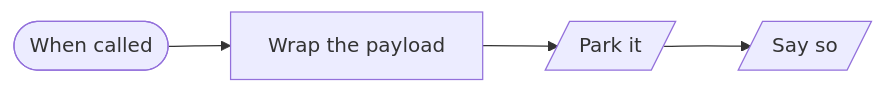
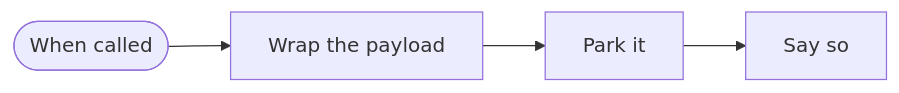
Before and after one commit to kimjoshuadr/n8n-workflows: the fourth of 6 diagrams in shared/README.md, drawn with Mermaid. The commit also changed other lines of this file and 179 other files, not shown here.

````diff
--- a/shared/README.md
+++ b/shared/README.md
@@ -130,10 +144,10 @@
 ```mermaid
 flowchart LR
   nxyuboc(["When called"])
   n1j9uypc["Wrap the payload"]
-  n32tvkq[/"Park it"/]
-  n1isjvc[/"Say so"/]
+  n32tvkq["Park it"]
+  n1isjvc["Say so"]
   nxyuboc --> n1j9uypc
   n1j9uypc --> n32tvkq
   n32tvkq --> n1isjvc
 ```
````
